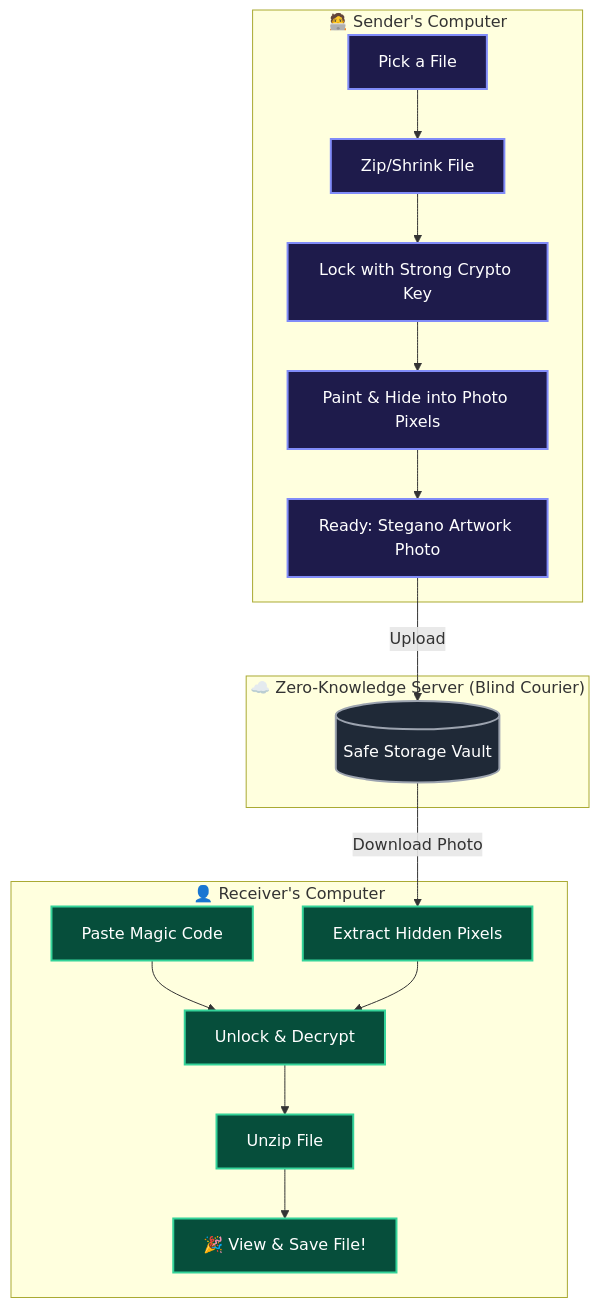
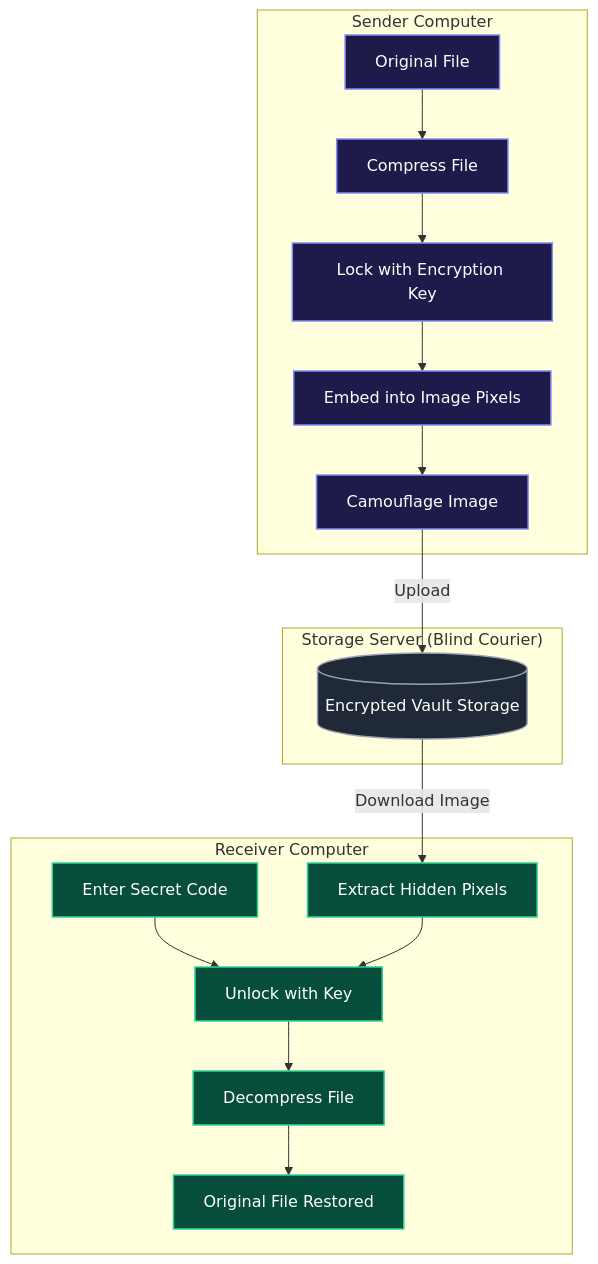
Before and after one commit to sujalkathait93-lab/filesender: the first of 4 diagrams in README.md, drawn with Mermaid. The commit also changed other lines of this file, not shown here.

Commit message:
Refactor README: clean tone, beginner-friendly explanations, simplified diagrams, minimal emojis

````diff
--- a/README.md
+++ b/README.md
@@ -48,29 +49,29 @@
 ```mermaid
 graph TD
-    subgraph SENDER ["🧑‍💻 Sender's Computer"]
-        A[Pick a File] --> B[Zip/Shrink File]
-        B --> C[Lock with Strong Crypto Key]
-        C --> D[Paint & Hide into Photo Pixels]
-        D --> E[Ready: Stegano Artwork Photo]
+    subgraph SENDER ["Sender Computer"]
+        A[Original File] --> B[Compress File]
+        B --> C[Lock with Encryption Key]
+        C --> D[Embed into Image Pixels]
+        D --> E[Camouflage Image]
     end
 
-    subgraph CLOUD ["☁️ Zero-Knowledge Server (Blind Courier)"]
-        E -->|Upload| F[(Safe Storage Vault)]
+    subgraph SERVER ["Storage Server (Blind Courier)"]
+        E -->|Upload| F[(Encrypted Vault Storage)]
     end
 
-    subgraph RECEIVER ["👤 Receiver's Computer"]
-        F -->|Download Photo| G[Extract Hidden Pixels]
-        H[Paste Magic Code] --> I[Unlock & Decrypt]
+    subgraph RECEIVER ["Receiver Computer"]
+        F -->|Download Image| G[Extract Hidden Pixels]
+        H[Enter Secret Code] --> I[Unlock with Key]
         G --> I
-        I --> J[Unzip File]
-        J --> K[🎉 View & Save File!]
+        I --> J[Decompress File]
+        J --> K[Original File Restored]
     end
 
-    classDef senderStyle fill:#1e1b4b,stroke:#818cf8,stroke-width:2px,color:#fff;
-    classDef receiverStyle fill:#064e3b,stroke:#34d399,stroke-width:2px,color:#fff;
-    classDef cloudStyle fill:#1f2937,stroke:#9ca3af,stroke-width:2px,color:#fff;
+    classDef senderStyle fill:#1e1b4b,stroke:#818cf8,stroke-width:1.5px,color:#fff;
+    classDef receiverStyle fill:#064e3b,stroke:#34d399,stroke-width:1.5px,color:#fff;
+    classDef serverStyle fill:#1f2937,stroke:#9ca3af,stroke-width:1.5px,color:#fff;
 
     class A,B,C,D,E senderStyle;
     class G,H,I,J,K receiverStyle;
-    class F cloudStyle;
+    class F serverStyle;
 ```
````
